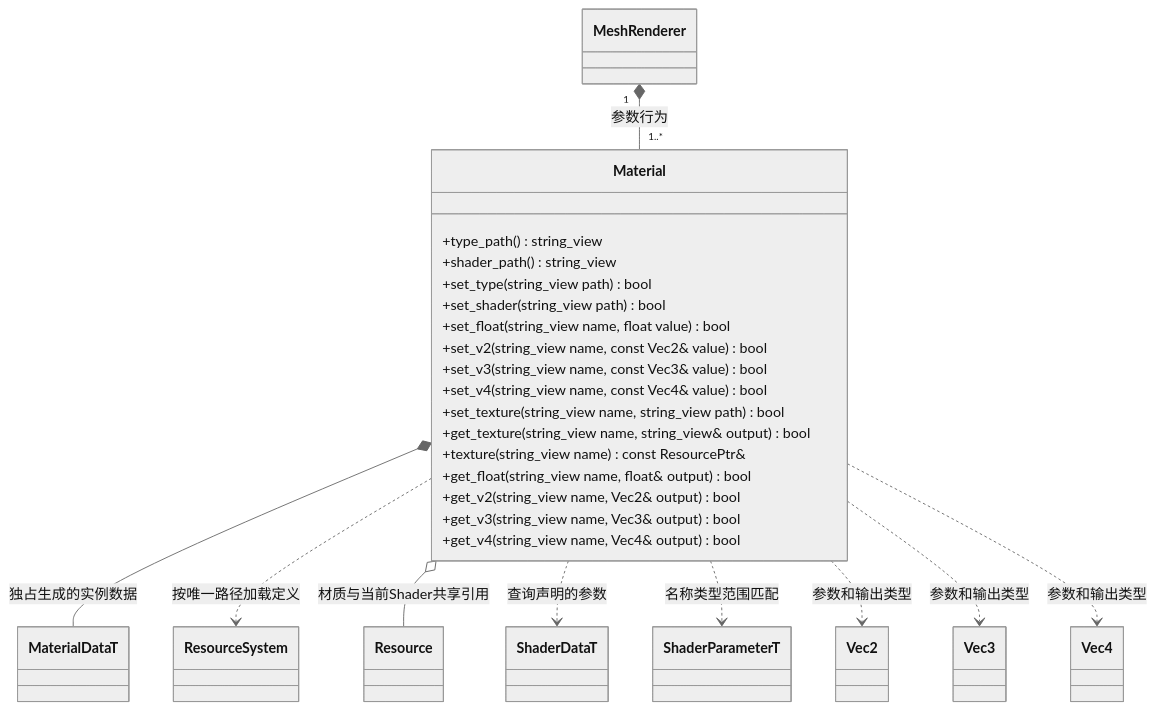
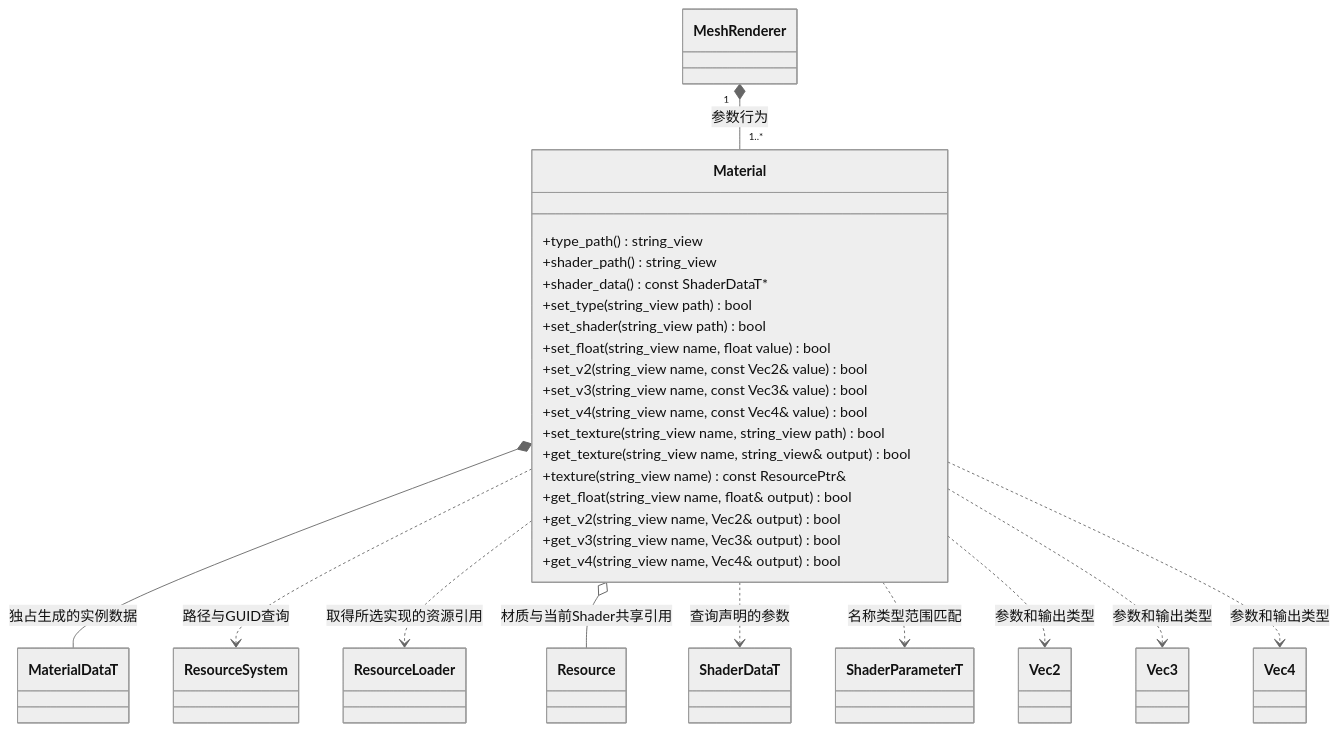
One commit to lcals/Engine changed the diagram in docs/runtime/class-diagrams/material.md. Above: the diagram before and after it, drawn with Mermaid (neutral theme). The commit also changed other lines of this file and 194 other files, not shown here.

````diff
--- a/docs/runtime/class-diagrams/material.md
+++ b/docs/runtime/class-diagrams/material.md
@@ -5,38 +5,41 @@
 ```mermaid
 classDiagram
     class Material {
         +type_path() string_view
         +shader_path() string_view
+        +shader_data() const ShaderDataT#42;
         +set_type(string_view path) bool
         +set_shader(string_view path) bool
         +set_float(string_view name, float value) bool
         +set_v2(string_view name, const Vec2& value) bool
         +set_v3(string_view name, const Vec3& value) bool
         +set_v4(string_view name, const Vec4& value) bool
         +set_texture(string_view name, string_view path) bool
         +get_texture(string_view name, string_view& output) bool
         +texture(string_view name) const ResourcePtr&
         +get_float(string_view name, float& output) bool
         +get_v2(string_view name, Vec2& output) bool
         +get_v3(string_view name, Vec3& output) bool
         +get_v4(string_view name, Vec4& output) bool
     }
     class MeshRenderer
     class ResourceSystem
+    class ResourceLoader
     class Resource
     class MaterialDataT
     class ShaderDataT
     class ShaderParameterT
     class Vec2
     class Vec3
     class Vec4
     MeshRenderer "1" *-- "1..*" Material : 参数行为
     Material *-- MaterialDataT : 独占生成的实例数据
-    Material ..> ResourceSystem : 按唯一路径加载定义
+    Material ..> ResourceSystem : 路径与GUID查询
+    Material ..> ResourceLoader : 取得所选实现的资源引用
     Material o-- Resource : 材质与当前Shader共享引用
     Material ..> ShaderDataT : 查询声明的参数
     Material ..> ShaderParameterT : 名称类型范围匹配
     Material ..> Vec2 : 参数和输出类型
     Material ..> Vec3 : 参数和输出类型
     Material ..> Vec4 : 参数和输出类型
 ```
````
